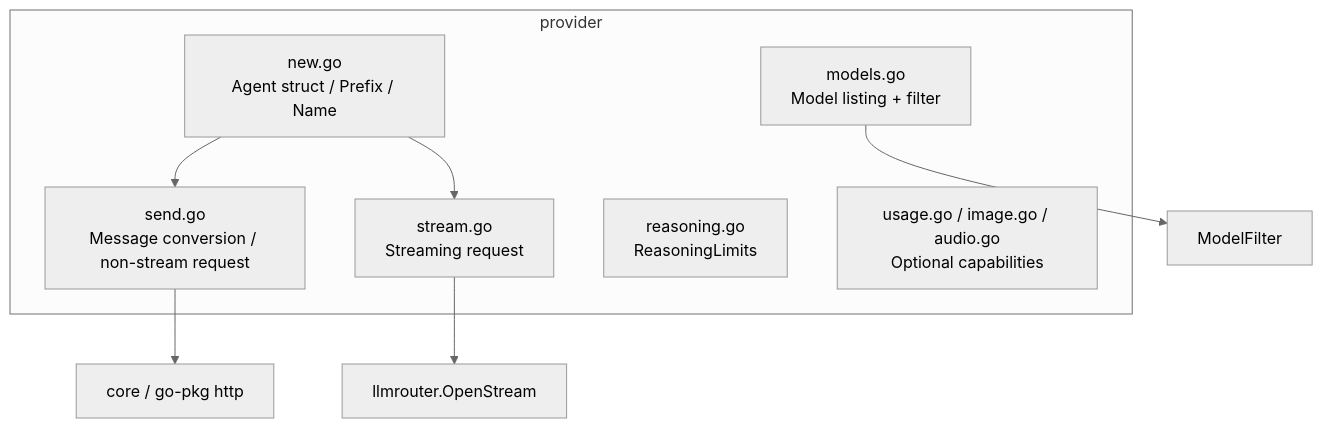
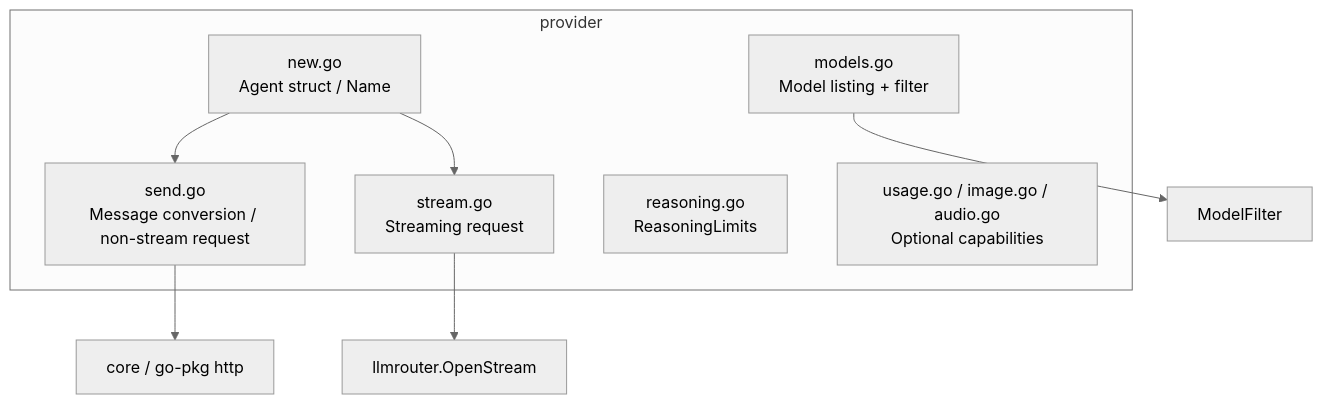
Before and after one commit to pardnchiu/go-llm-router: the fourth of 11 diagrams in doc/architecture.md, drawn with Mermaid (neutral theme). The commit also changed other lines of this file and 5 other files, not shown here.

````diff
--- a/doc/architecture.md
+++ b/doc/architecture.md
@@ -99,16 +107,16 @@
 ```mermaid
 graph TB
     subgraph provider
-        New[new.go<br/>Agent struct / Prefix / Name]
+        New[new.go<br/>Agent struct / Name]
         Send[send.go<br/>Message conversion / non-stream request]
         StreamFile[stream.go<br/>Streaming request]
         Models[models.go<br/>Model listing + filter]
         ReasoningFile[reasoning.go<br/>ReasoningLimits]
         Extra[usage.go / image.go / audio.go<br/>Optional capabilities]
     end
     New --> Send
     New --> StreamFile
     Send --> CoreHTTP[core / go-pkg http]
     StreamFile --> CoreStream[llmrouter.OpenStream]
     Models --> Filter[ModelFilter]
 ```
````
